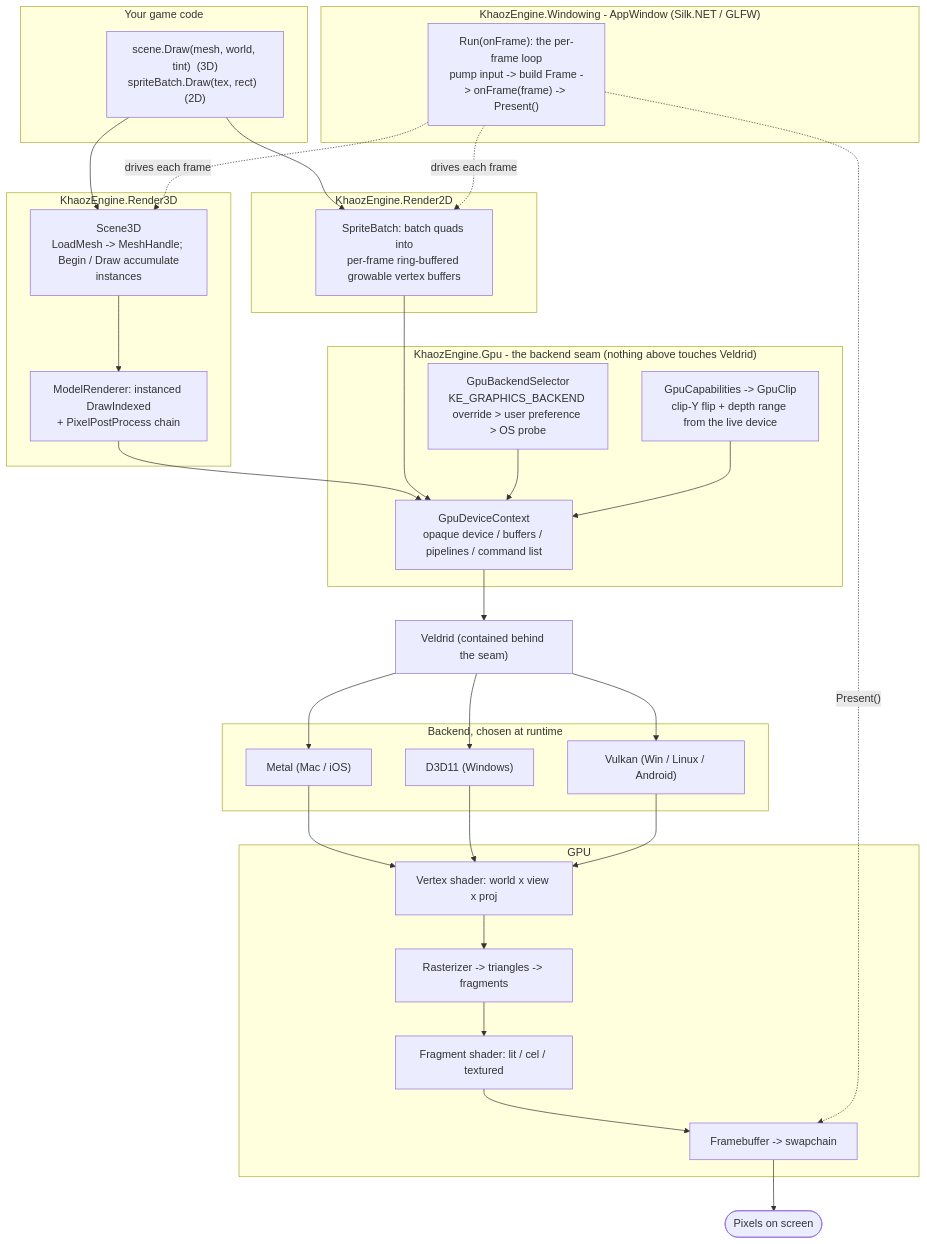
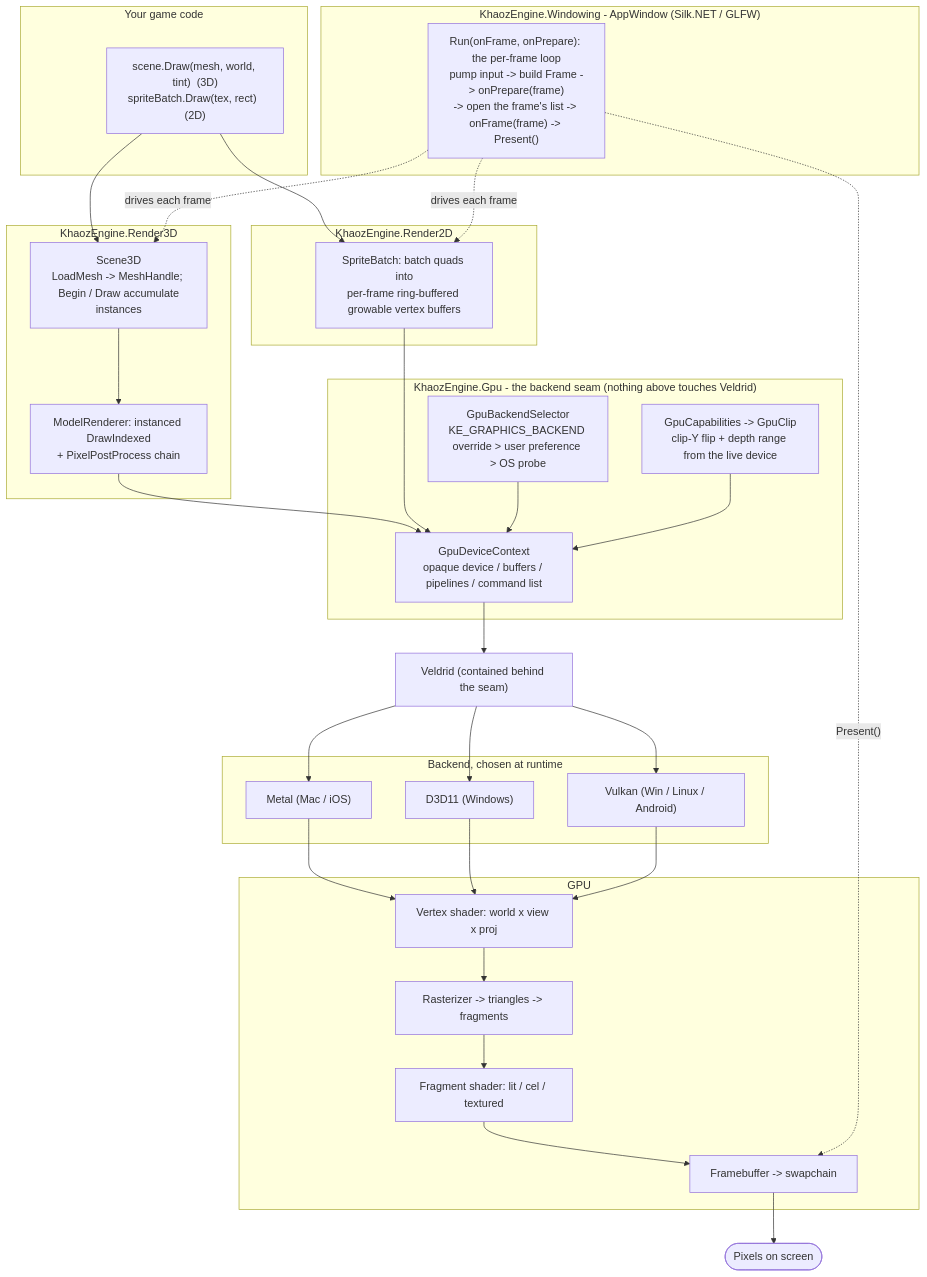
The first of 3 diagrams in docs/RENDER-PIPELINE.md (APKiwiOrg/KhaozEngine), drawn with Mermaid before and after one commit. The commit also changed other lines of this file and 11 other files, not shown here.

````diff
--- a/docs/RENDER-PIPELINE.md
+++ b/docs/RENDER-PIPELINE.md
@@ -9,56 +9,56 @@
 ```mermaid
 flowchart TD
     subgraph game["Your game code"]
         GC["scene.Draw(mesh, world, tint)  (3D)<br/>spriteBatch.Draw(tex, rect)  (2D)"]
     end
 
     subgraph win["KhaozEngine.Windowing - AppWindow (Silk.NET / GLFW)"]
-        LOOP["Run(onFrame): the per-frame loop<br/>pump input -> build Frame -> onFrame(frame) -> Present()"]
+        LOOP["Run(onFrame, onPrepare): the per-frame loop<br/>pump input -> build Frame -> onPrepare(frame)<br/>-> open the frame's list -> onFrame(frame) -> Present()"]
     end
 
     subgraph r3["KhaozEngine.Render3D"]
         S3["Scene3D<br/>LoadMesh -> MeshHandle;  Begin / Draw accumulate instances"]
         MR["ModelRenderer: instanced DrawIndexed<br/>+ PixelPostProcess chain"]
     end
     subgraph r2["KhaozEngine.Render2D"]
         SB["SpriteBatch: batch quads into<br/>per-frame ring-buffered growable vertex buffers"]
     end
 
     subgraph gpu["KhaozEngine.Gpu - the backend seam (nothing above touches Veldrid)"]
         DEV["GpuDeviceContext<br/>opaque device / buffers / pipelines / command list"]
         SEL["GpuBackendSelector<br/>KE_GRAPHICS_BACKEND override > user preference > OS probe"]
         CAP["GpuCapabilities -> GpuClip<br/>clip-Y flip + depth range from the live device"]
     end
 
     VEL["Veldrid (contained behind the seam)"]
 
     subgraph back["Backend, chosen at runtime"]
         MTL["Metal (Mac / iOS)"]
         D3D["D3D11 (Windows)"]
         VK["Vulkan (Win / Linux / Android)"]
     end
 
     subgraph hw["GPU"]
         VS["Vertex shader: world x view x proj"]
         RAS["Rasterizer -> triangles -> fragments"]
         FS["Fragment shader: lit / cel / textured"]
         FB["Framebuffer -> swapchain"]
     end
 
     SCREEN(["Pixels on screen"])
 
     GC --> S3
     GC --> SB
     S3 --> MR
     LOOP -. drives each frame .-> S3
     LOOP -. drives each frame .-> SB
     MR --> DEV
     SB --> DEV
     SEL --> DEV
     CAP --> DEV
     DEV --> VEL
     VEL --> MTL & D3D & VK
     MTL & D3D & VK --> VS
     VS --> RAS --> FS --> FB --> SCREEN
     LOOP -. Present() .-> FB
 ```
````
